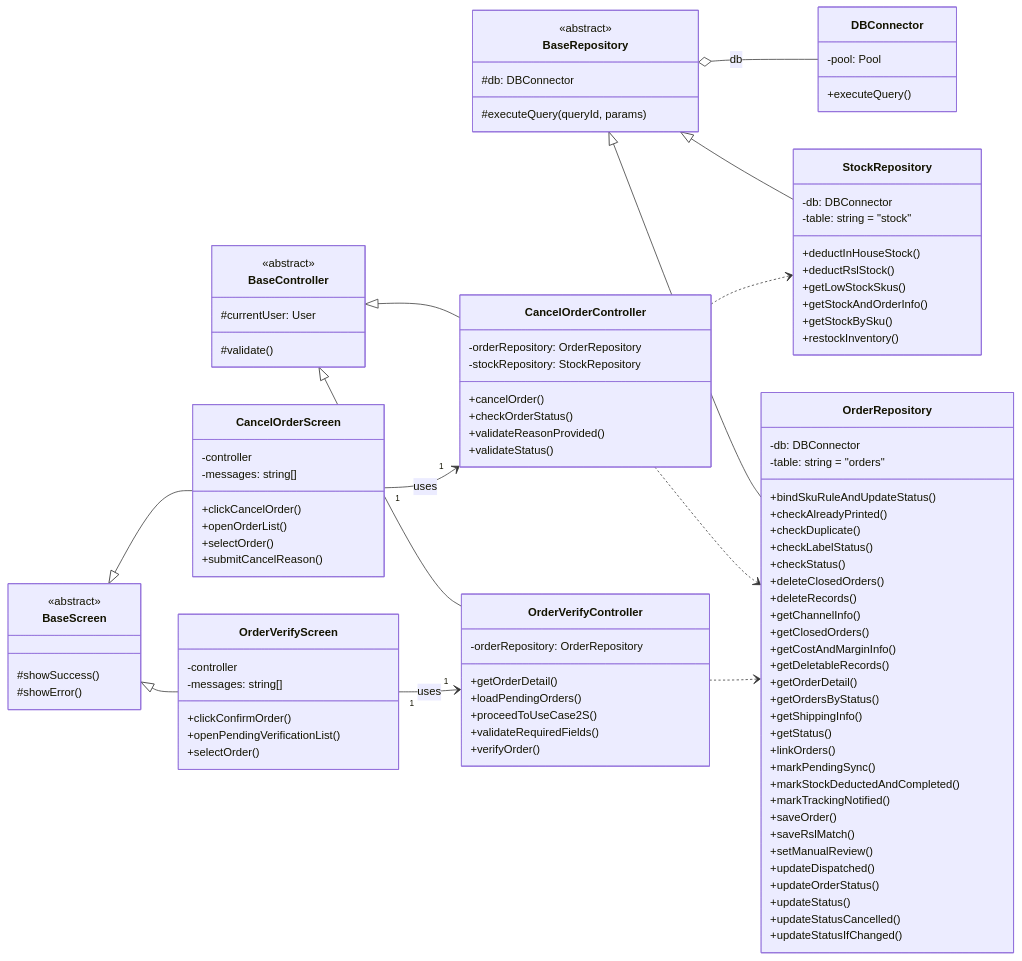
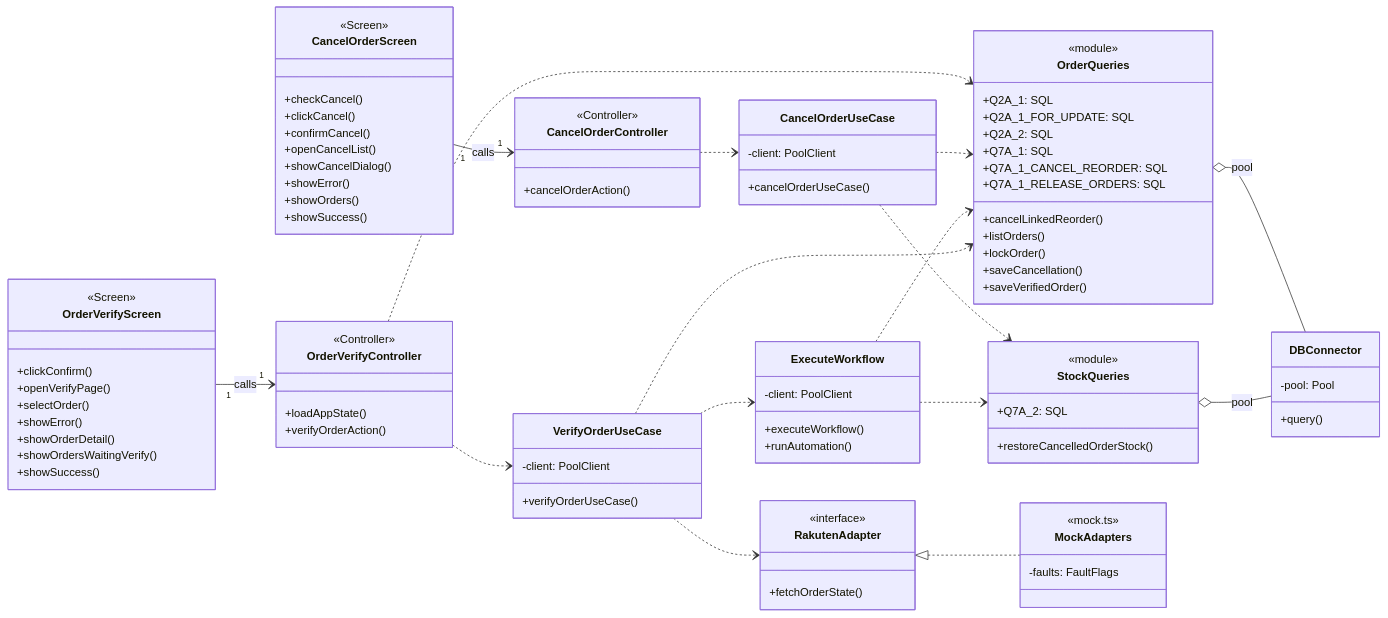
Before and after one commit to xbpkdi/321-sa-proj: the diagram in 04-chapter2-diagrams-database/diagrams/src/class-3.mmd, drawn with Mermaid. The commit also changed 125 other files, not shown here.

Commit message:
docs: update er, class and state diagrams with sql data

```diff
--- a/04-chapter2-diagrams-database/diagrams/src/class-3.mmd
+++ b/04-chapter2-diagrams-database/diagrams/src/class-3.mmd
@@ -1,106 +1,92 @@
 %%{init: {'class': {'hideEmptyMembersBox': true}, 'themeVariables': {'fontSize': '15px'}}}%%
 classDiagram
     direction LR
-    class BaseScreen {
-        <<abstract>>
-        #showSuccess()
-        #showError()
-    }
-    class BaseController {
-        <<abstract>>
-        #currentUser: User
-        #validate()
-    }
-    class BaseRepository {
-        <<abstract>>
-        #db: DBConnector
-        #executeQuery(queryId, params)
-    }
     class CancelOrderScreen {
-        -controller
-        -messages: string[]
-        +clickCancelOrder()
-        +openOrderList()
-        +selectOrder()
-        +submitCancelReason()
+        <<Screen>>
+        +checkCancel()
+        +clickCancel()
+        +confirmCancel()
+        +openCancelList()
+        +showCancelDialog()
+        +showError()
+        +showOrders()
+        +showSuccess()
     }
     class OrderVerifyScreen {
-        -controller
-        -messages: string[]
-        +clickConfirmOrder()
-        +openPendingVerificationList()
+        <<Screen>>
+        +clickConfirm()
+        +openVerifyPage()
         +selectOrder()
+        +showError()
+        +showOrderDetail()
+        +showOrdersWaitingVerify()
+        +showSuccess()
     }
     class CancelOrderController {
-        -orderRepository: OrderRepository
-        -stockRepository: StockRepository
-        +cancelOrder()
-        +checkOrderStatus()
-        +validateReasonProvided()
-        +validateStatus()
+        <<Controller>>
+        +cancelOrderAction()
     }
     class OrderVerifyController {
-        -orderRepository: OrderRepository
-        +getOrderDetail()
-        +loadPendingOrders()
-        +proceedToUseCase2S()
-        +validateRequiredFields()
-        +verifyOrder()
+        <<Controller>>
+        +loadAppState()
+        +verifyOrderAction()
     }
-    class OrderRepository {
-        -db: DBConnector
-        -table: string = "orders"
-        +bindSkuRuleAndUpdateStatus()
-        +checkAlreadyPrinted()
-        +checkDuplicate()
-        +checkLabelStatus()
-        +checkStatus()
-        +deleteClosedOrders()
-        +deleteRecords()
-        +getChannelInfo()
-        +getClosedOrders()
-        +getCostAndMarginInfo()
-        +getDeletableRecords()
-        +getOrderDetail()
-        +getOrdersByStatus()
-        +getShippingInfo()
-        +getStatus()
-        +linkOrders()
-        +markPendingSync()
-        +markStockDeductedAndCompleted()
-        +markTrackingNotified()
-        +saveOrder()
-        +saveRslMatch()
-        +setManualReview()
-        +updateDispatched()
-        +updateOrderStatus()
-        +updateStatus()
-        +updateStatusCancelled()
-        +updateStatusIfChanged()
+    class CancelOrderUseCase {
+        -client: PoolClient
+        +cancelOrderUseCase()
     }
-    class StockRepository {
-        -db: DBConnector
-        -table: string = "stock"
-        +deductInHouseStock()
-        +deductRslStock()
-        +getLowStockSkus()
-        +getStockAndOrderInfo()
-        +getStockBySku()
-        +restockInventory()
+    class ExecuteWorkflow {
+        -client: PoolClient
+        +executeWorkflow()
+        +runAutomation()
+    }
+    class VerifyOrderUseCase {
+        -client: PoolClient
+        +verifyOrderUseCase()
+    }
+    class OrderQueries {
+        <<module>>
+        +Q2A_1: SQL
+        +Q2A_1_FOR_UPDATE: SQL
+        +Q2A_2: SQL
+        +Q7A_1: SQL
+        +Q7A_1_CANCEL_REORDER: SQL
+        +Q7A_1_RELEASE_ORDERS: SQL
+        +cancelLinkedReorder()
+        +listOrders()
+        +lockOrder()
+        +saveCancellation()
+        +saveVerifiedOrder()
+    }
+    class StockQueries {
+        <<module>>
+        +Q7A_2: SQL
+        +restoreCancelledOrderStock()
     }
     class DBConnector {
         -pool: Pool
-        +executeQuery()
+        +query()
     }
-    BaseScreen <|-- CancelOrderScreen
-    BaseScreen <|-- OrderVerifyScreen
-    BaseController <|-- CancelOrderController
-    BaseController <|-- OrderVerifyController
-    BaseRepository <|-- OrderRepository
-    BaseRepository <|-- StockRepository
-    BaseRepository o-- DBConnector : db
-    CancelOrderScreen "1" --> "1" CancelOrderController : uses
-    OrderVerifyScreen "1" --> "1" OrderVerifyController : uses
-    CancelOrderController ..> OrderRepository
-    CancelOrderController ..> StockRepository
-    OrderVerifyController ..> OrderRepository
+    class RakutenAdapter {
+        <<interface>>
+        +fetchOrderState()
+    }
+    class MockAdapters {
+        <<mock.ts>>
+        -faults: FaultFlags
+    }
+    CancelOrderScreen "1" --> "1" CancelOrderController : calls
+    OrderVerifyScreen "1" --> "1" OrderVerifyController : calls
+    CancelOrderController ..> CancelOrderUseCase
+    OrderVerifyController ..> OrderQueries
+    OrderVerifyController ..> VerifyOrderUseCase
+    CancelOrderUseCase ..> OrderQueries
+    CancelOrderUseCase ..> StockQueries
+    ExecuteWorkflow ..> OrderQueries
+    ExecuteWorkflow ..> StockQueries
+    VerifyOrderUseCase ..> ExecuteWorkflow
+    VerifyOrderUseCase ..> OrderQueries
+    VerifyOrderUseCase ..> RakutenAdapter
+    OrderQueries o-- DBConnector : pool
+    StockQueries o-- DBConnector : pool
+    RakutenAdapter <|.. MockAdapters
```
